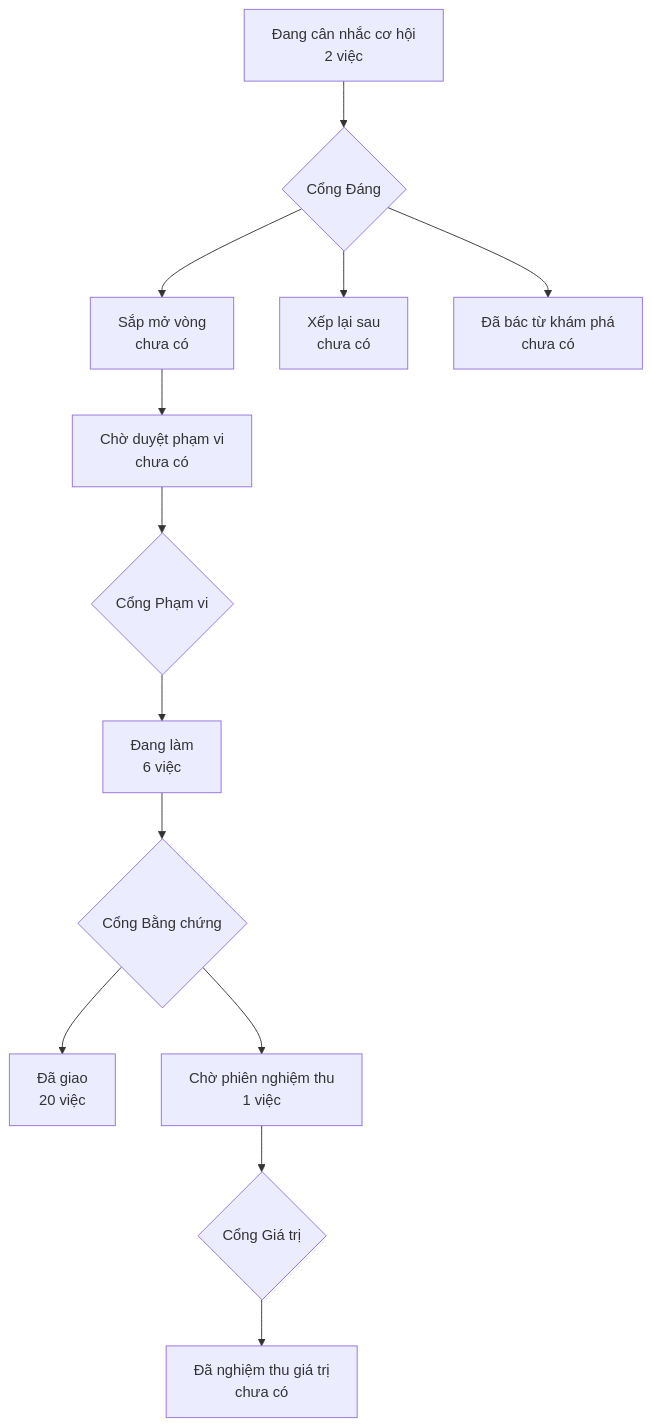
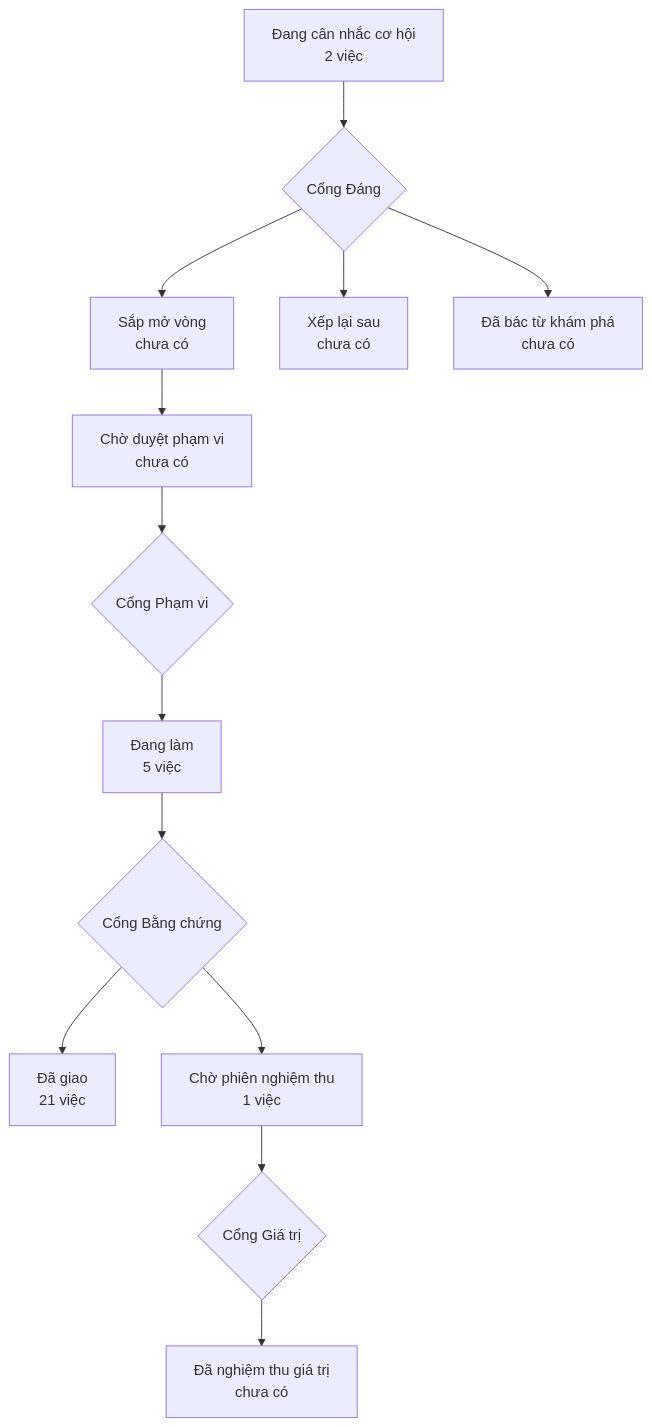
The diagram in PRODUCT-MAP.md (phanlemanh/crm-onehub), drawn with Mermaid before and after one commit. The commit also changed 3 other files, not shown here.

````diff
--- a/PRODUCT-MAP.md
+++ b/PRODUCT-MAP.md
@@ -6,12 +6,12 @@
 ```mermaid
 flowchart TD
   A["Đang cân nhắc cơ hội<br/>2 việc"] --> GD{"Cổng Đáng"}
   GD --> B["Sắp mở vòng<br/>chưa có"]
   GD --> XL["Xếp lại sau<br/>chưa có"]
   GD --> DB["Đã bác từ khám phá<br/>chưa có"]
   B --> CD["Chờ duyệt phạm vi<br/>chưa có"] --> GP{"Cổng Phạm vi"}
-  GP --> DL["Đang làm<br/>6 việc"] --> GB{"Cổng Bằng chứng"}
-  GB --> DG["Đã giao<br/>20 việc"]
+  GP --> DL["Đang làm<br/>5 việc"] --> GB{"Cổng Bằng chứng"}
+  GB --> DG["Đã giao<br/>21 việc"]
   GB --> CN["Chờ phiên nghiệm thu<br/>1 việc"] --> GG{"Cổng Giá trị"}
   GG --> NT["Đã nghiệm thu giá trị<br/>chưa có"]
 ```
````
